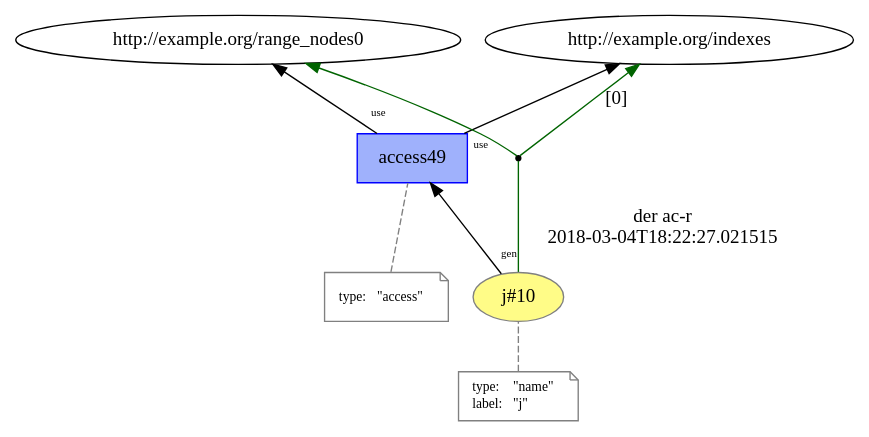
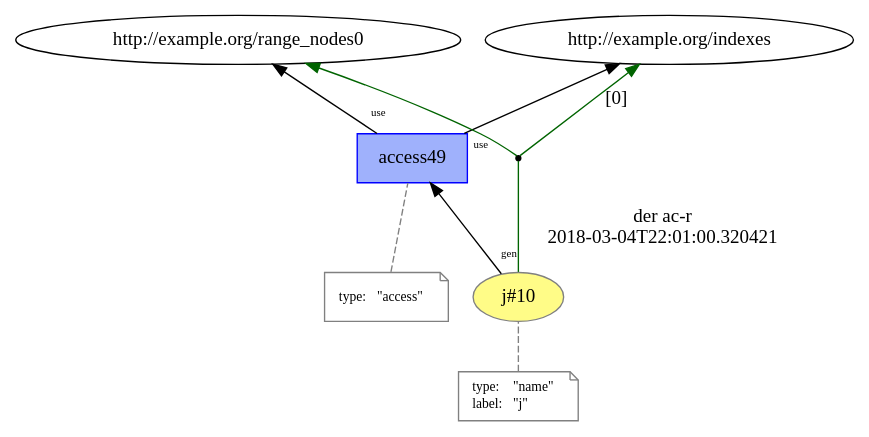
The diagram in images/intertwined_prov/temp/L13__loop_access_10.dot (dew-uff/versioned-prov), drawn with Graphviz before and after one commit. The commit also changed 368 other files, not shown here.

```diff
--- a/images/intertwined_prov/temp/L13__loop_access_10.dot
+++ b/images/intertwined_prov/temp/L13__loop_access_10.dot
@@ -1,30 +1,30 @@
 digraph "PROV" { size="16,12"; rankdir="BT";
 "http://example.org/j#10" [fillcolor="#FFFC87",color="#808080",style="filled",label="j#10",URL="http://example.org/j#10"]
 "-attrs0" [color="gray",shape="note",fontsize="10",fontcolor="black",label=<<TABLE cellpadding="0" border="0">
 	<TR>
 	    <TD align="left">type:</TD>
 	    <TD align="left">&quot;name&quot;</TD>
 	</TR>
 	<TR>
 	    <TD align="left">label:</TD>
 	    <TD align="left">&quot;j&quot;</TD>
 	</TR>
 </TABLE>>]
 "-attrs0" -> "http://example.org/j#10" [color="gray",style="dashed",arrowhead="none"]
 "http://example.org/access49" [fillcolor="#9FB1FC",color="#0000FF",shape="polygon",sides="4",style="filled",label="access49",URL="http://example.org/access49"]
 "-attrs1" [color="gray",shape="note",fontsize="10",fontcolor="black",label=<<TABLE cellpadding="0" border="0">
 	<TR>
 	    <TD align="left">type:</TD>
 	    <TD align="left">&quot;access&quot;</TD>
 	</TR>
 </TABLE>>]
 "-attrs1" -> "http://example.org/access49" [color="gray",style="dashed",arrowhead="none"]
 "http://example.org/access49" -> "http://example.org/range_nodes0" [labelfontsize="8",labeldistance="1.5",labelangle="60.0",rotation="20",taillabel="use"]
 "bn0" [shape="point",label=""]
 "http://example.org/j#10" -> "bn0" [arrowhead="none",color="darkgreen",label="der ac-r
-2018-03-04T18:22:27.021515"]
+2018-03-04T22:01:00.320421"]
 "bn0" -> "http://example.org/indexes" [labelfontsize="8",labeldistance="1.5",color="darkgreen",labelangle="60.0",rotation="20",label="[0]"]
 "bn0" -> "http://example.org/range_nodes0" [color="darkgreen"]
 "http://example.org/j#10" -> "http://example.org/access49" [labelfontsize="8",labeldistance="1.5",labelangle="60.0",rotation="20",taillabel="gen"]
 "http://example.org/access49" -> "http://example.org/indexes" [labelfontsize="8",labeldistance="1.5",labelangle="60.0",rotation="20",taillabel="use"]
 }
```
